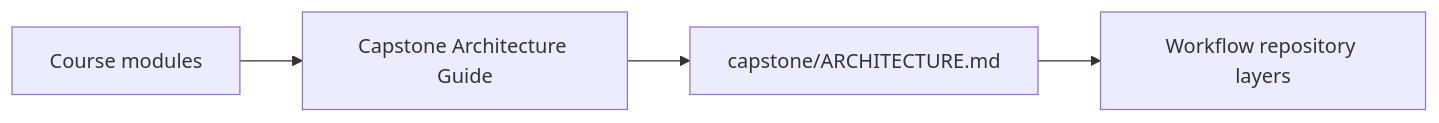
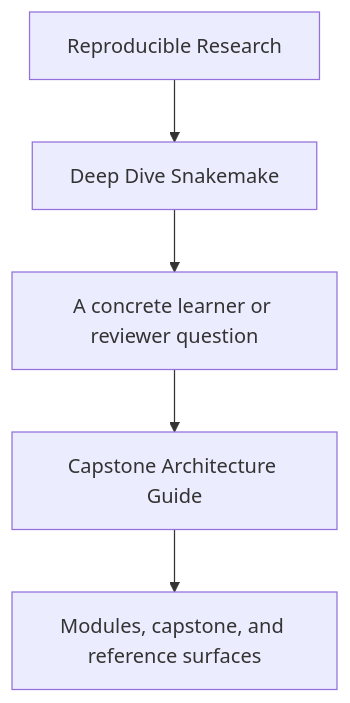
The first of 2 diagrams in programs/reproducible-research/deep-dive-snakemake/course-book/guides/capstone-architecture-guide.md (bijux/bijux-masterclass), drawn with Mermaid before and after one commit. The commit also changed other lines of this file and 29 other files, not shown here.

Commit message:
docs(deep-dive-snakemake): sharpen guide and reference diagrams

````diff
--- a/programs/reproducible-research/deep-dive-snakemake/course-book/guides/capstone-architecture-guide.md
+++ b/programs/reproducible-research/deep-dive-snakemake/course-book/guides/capstone-architecture-guide.md
@@ -9,6 +9,7 @@
 ```mermaid
-graph LR
-  course["Course modules"] --> bridge["Capstone Architecture Guide"]
-  bridge --> local["capstone/ARCHITECTURE.md"]
-  local --> code["Workflow repository layers"]
+flowchart TD
+  family["Reproducible Research"] --> program["Deep Dive Snakemake"]
+  program --> pressure["A concrete learner or reviewer question"]
+  pressure --> guide["Capstone Architecture Guide"]
+  guide --> next["Modules, capstone, and reference surfaces"]
 ```
````
